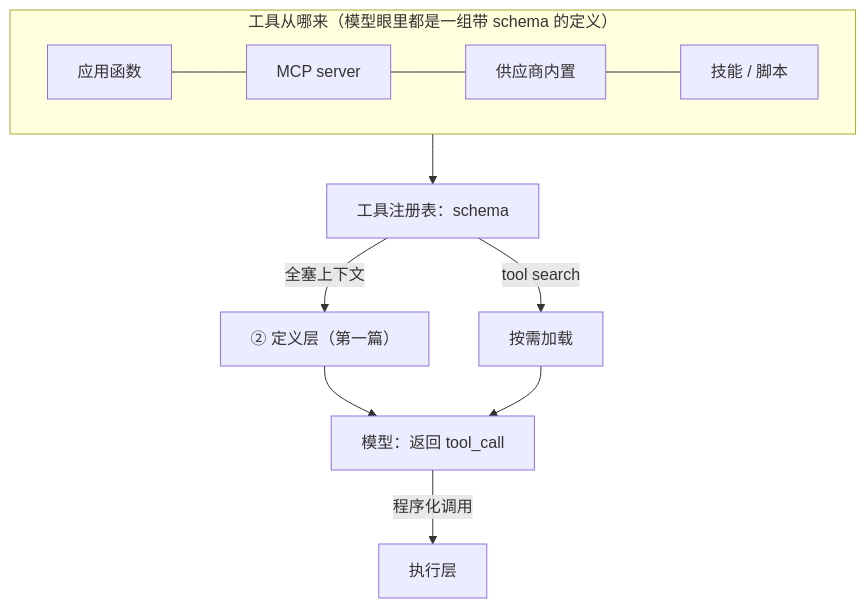
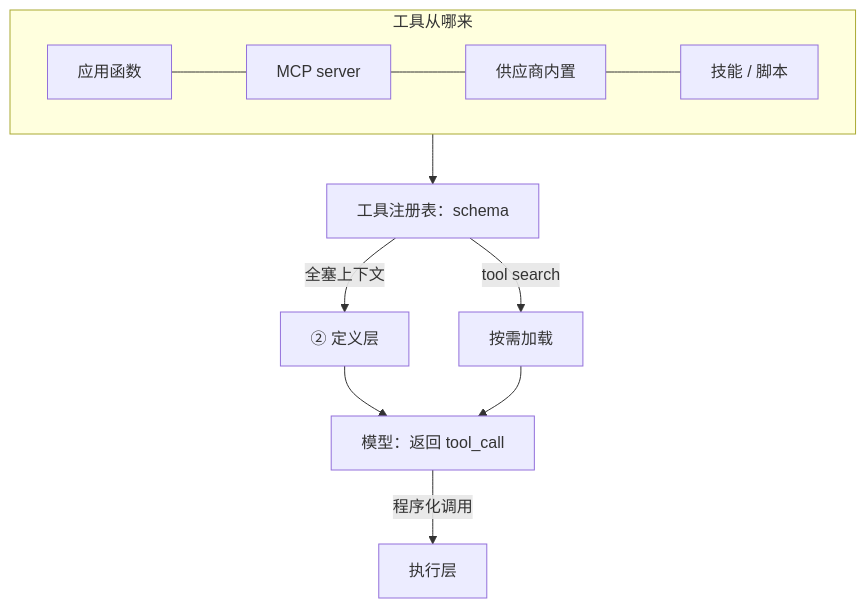
Before and after one commit to arganzheng/arganzheng.github.com: the third of 10 diagrams in slides/2026-10-29-agent-and-harness.md, drawn with Mermaid. The commit also changed other lines of this file, not shown here.

Commit message:
slides(2026-10-29-agent-and-harness): 图内文字 ≥14px——标签缩短/拆分/Unicode 数学

````diff
--- a/slides/2026-10-29-agent-and-harness.md
+++ b/slides/2026-10-29-agent-and-harness.md
@@ -87,14 +90,14 @@
 ```mermaid
 %%{init: {"flowchart": {"wrappingWidth": 460}}}%%
 flowchart TB
-    subgraph SRC["工具从哪来（模型眼里都是一组带 schema 的定义）"]
+    subgraph SRC["工具从哪来"]
         direction LR
         S1["应用函数"] --- S2["MCP server"] --- S3["供应商内置"] --- S4["技能 / 脚本"]
     end
     SRC --> REG["工具注册表：schema"]
-    REG -- "全塞上下文" --> CTX1["② 定义层（第一篇）"]
+    REG -- "全塞上下文" --> CTX1["② 定义层"]
     REG -- "tool search" --> CTX2["按需加载"]
     CTX1 & CTX2 --> MD["模型：返回 tool_call"]
     MD -- "程序化调用" --> EX["执行层"]
 
 ```
````
